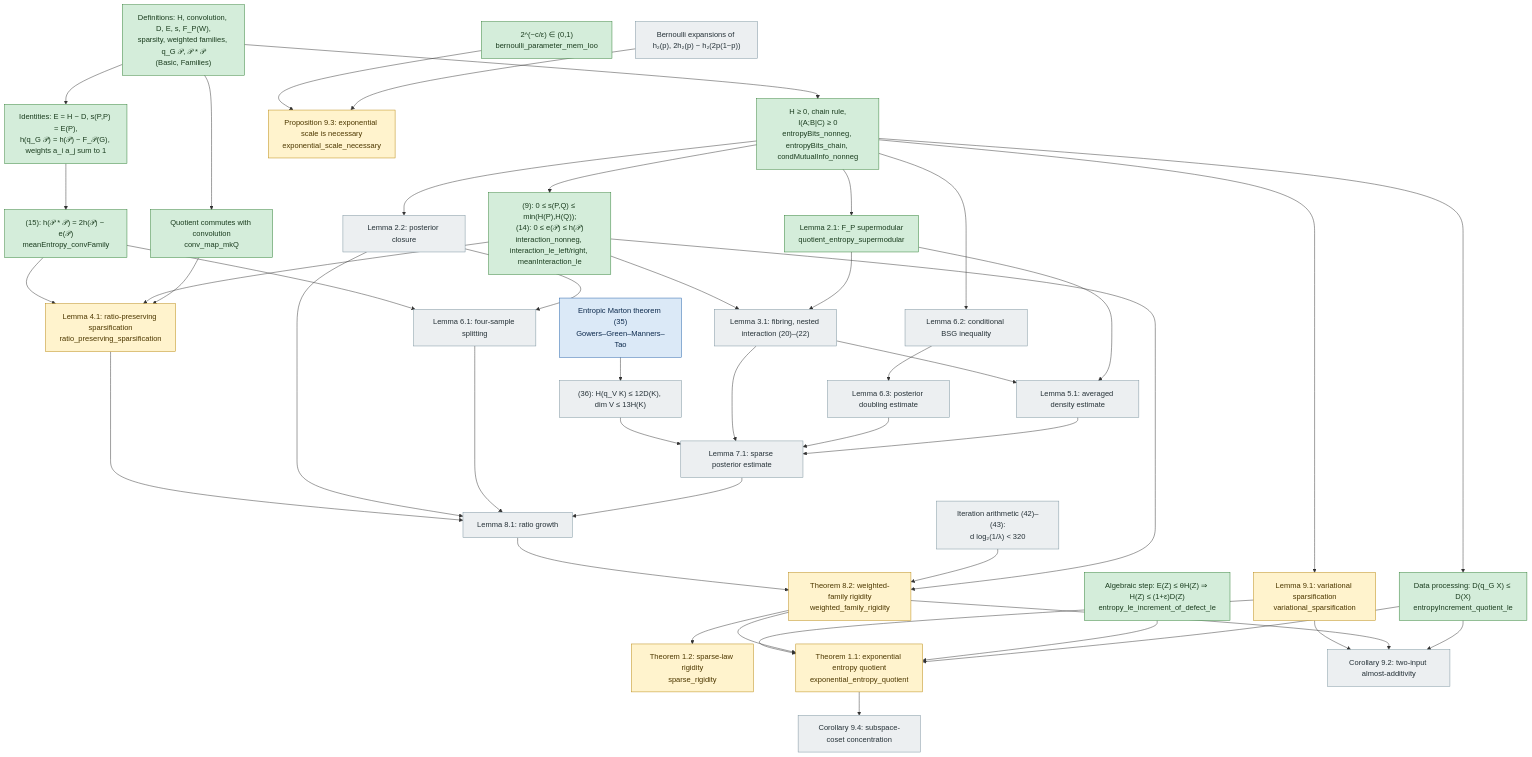
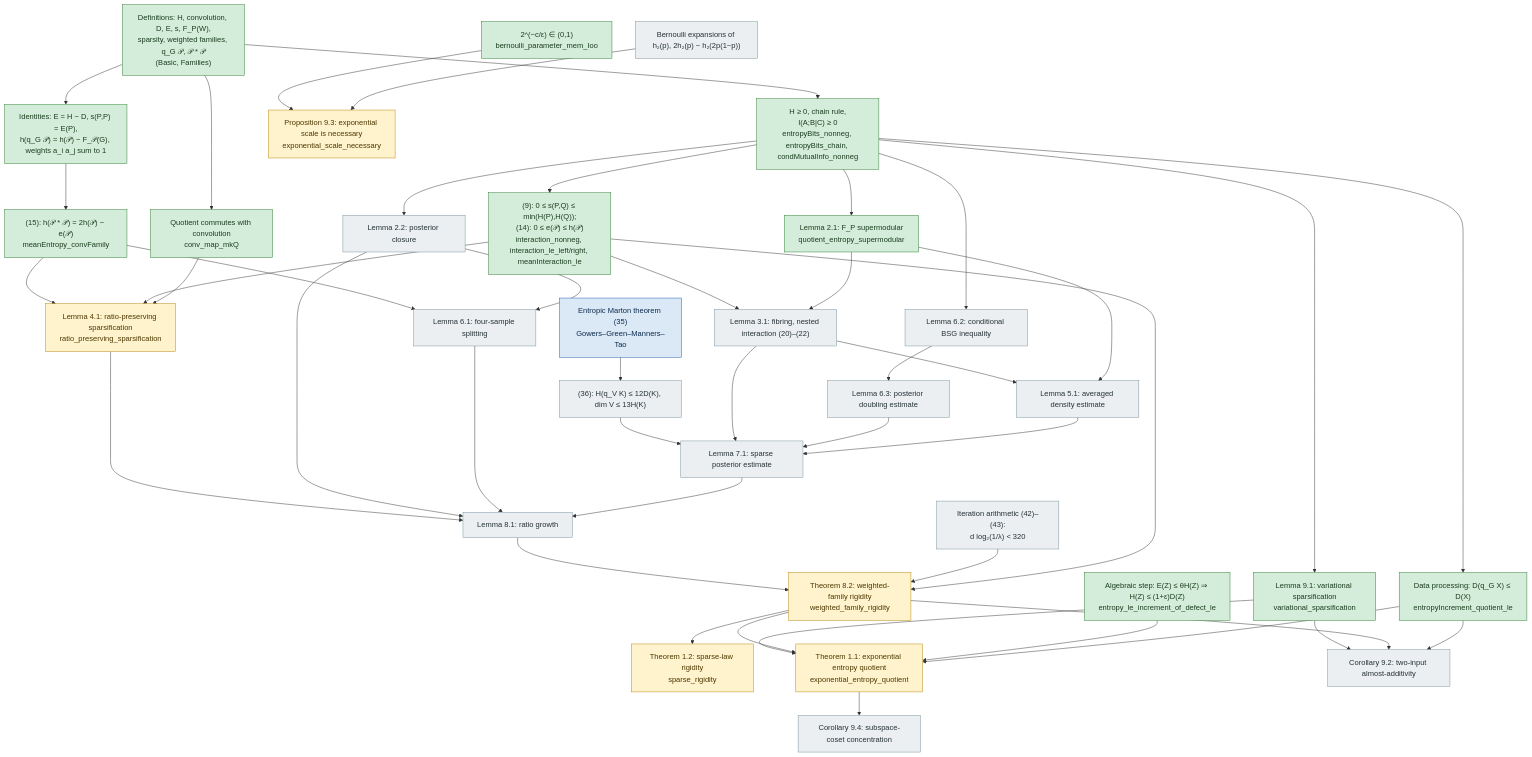
Before and after one commit to JosiahPark/entropy-quotients-lean: the diagram in docs/DEPENDENCIES.md, drawn with Mermaid.

Commit message:
docs: mark Lemma 9.1 (variational sparsification) proved in DEPENDENCIES (C1, CI green at 39edb78)

```diff
--- a/docs/DEPENDENCIES.md
+++ b/docs/DEPENDENCIES.md
@@ -51,7 +51,7 @@
   T12["Theorem 1.2: sparse-law rigidity<br/>sparse_rigidity"]:::stated
 
   %% Section 9
-  L91["Lemma 9.1: variational sparsification<br/>variational_sparsification"]:::stated
+  L91["Lemma 9.1: variational sparsification<br/>variational_sparsification"]:::proved
   T11["Theorem 1.1: exponential entropy quotient<br/>exponential_entropy_quotient"]:::stated
   C92["Corollary 9.2: two-input almost-additivity"]:::missing
   BEXP["Bernoulli expansions of h₂(p), 2h₂(p) − h₂(2p(1−p))"]:::missing
```
